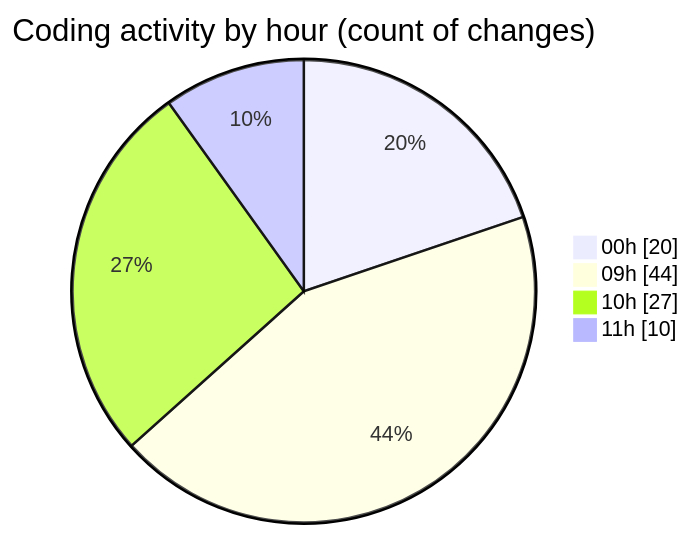
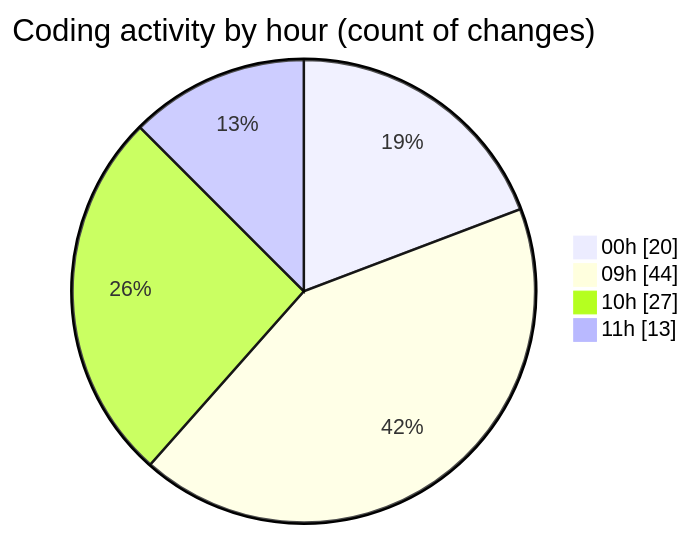
Before and after one commit to momahboobian/code-tracking: the second of 2 diagrams in 2025-03-19/cda/README.md, drawn with Mermaid. The commit also changed other lines of this file and 1 other file, not shown here.

````diff
--- a/2025-03-19/cda/README.md
+++ b/2025-03-19/cda/README.md
@@ -32,8 +32,8 @@
 ```mermaid
 pie showData
 title Coding activity by hour (count of changes)
 "00h" : 20
 "09h" : 44
 "10h" : 27
-"11h" : 10
+"11h" : 13
 ```
````
